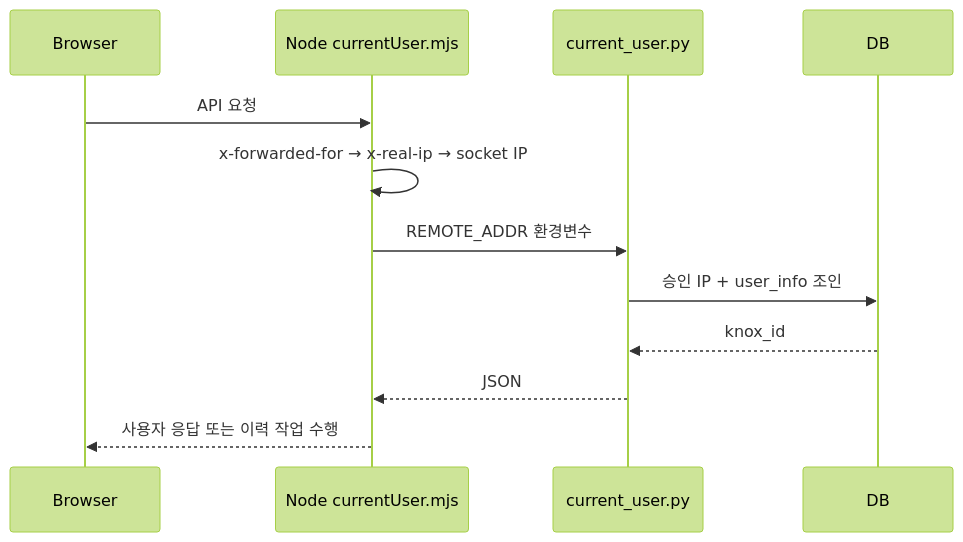
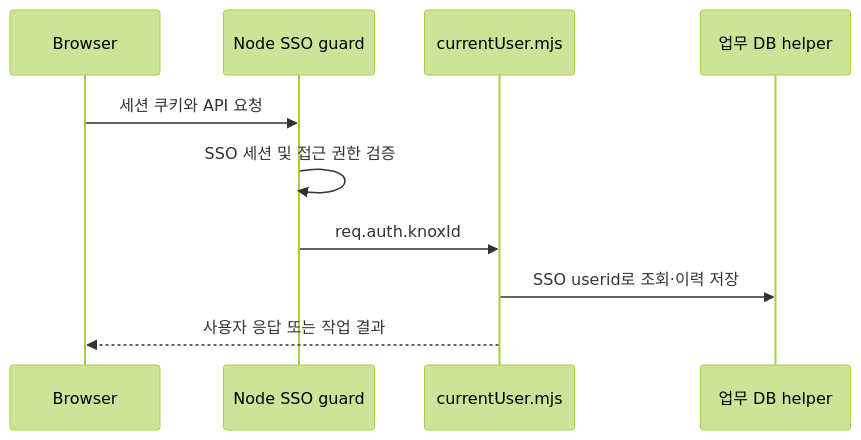
Before and after one commit to mlbarod/l0_spider: diagram 12 of 12 in web_structure.md, drawn with Mermaid (forest theme). The commit also changed other lines of this file and 19 other files, not shown here.

````diff
--- a/web_structure.md
+++ b/web_structure.md
@@ -578,15 +578,12 @@
 ```mermaid
 sequenceDiagram
     participant B as Browser
-    participant N as Node currentUser.mjs
-    participant P as current_user.py
-    participant D as DB
-
-    B->>N: API 요청
-    N->>N: x-forwarded-for → x-real-ip → socket IP
-    N->>P: REMOTE_ADDR 환경변수
-    P->>D: 승인 IP + user_info 조인
-    D-->>P: knox_id
-    P-->>N: JSON
-    N-->>B: 사용자 응답 또는 이력 작업 수행
+    participant S as Node SSO guard
+    participant N as currentUser.mjs
+    participant P as 업무 DB helper
+    B->>S: 세션 쿠키와 API 요청
+    S->>S: SSO 세션 및 접근 권한 검증
+    S->>N: req.auth.knoxId
+    N->>P: SSO userid로 조회·이력 저장
+    N-->>B: 사용자 응답 또는 작업 결과
 ```
````
